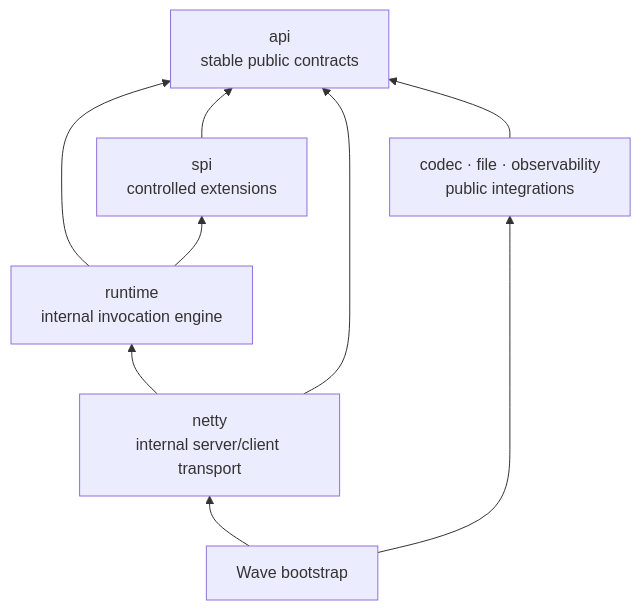
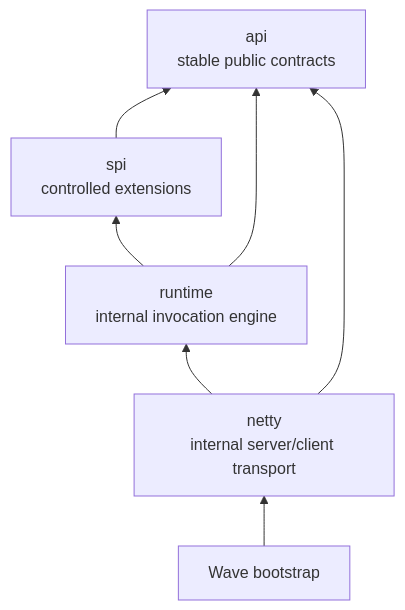
Before and after one commit to slime21023/waveio: the second of 3 diagrams in _spec/wave-architecture.md, drawn with Mermaid. The commit also changed other lines of this file and 363 other files, not shown here.

````diff
--- a/_spec/wave-architecture.md
+++ b/_spec/wave-architecture.md
@@ -156,12 +172,10 @@
 ```mermaid
 flowchart BT
     api["api\nstable public contracts"]
     spi["spi\ncontrolled extensions"] --> api
-    support["codec · file · observability\npublic integrations"] --> api
     runtime["runtime\ninternal invocation engine"] --> api
     runtime --> spi
     netty["netty\ninternal server/client transport"] --> runtime
     netty --> api
     boot["Wave bootstrap"] --> netty
-    boot --> support
 ```
````
